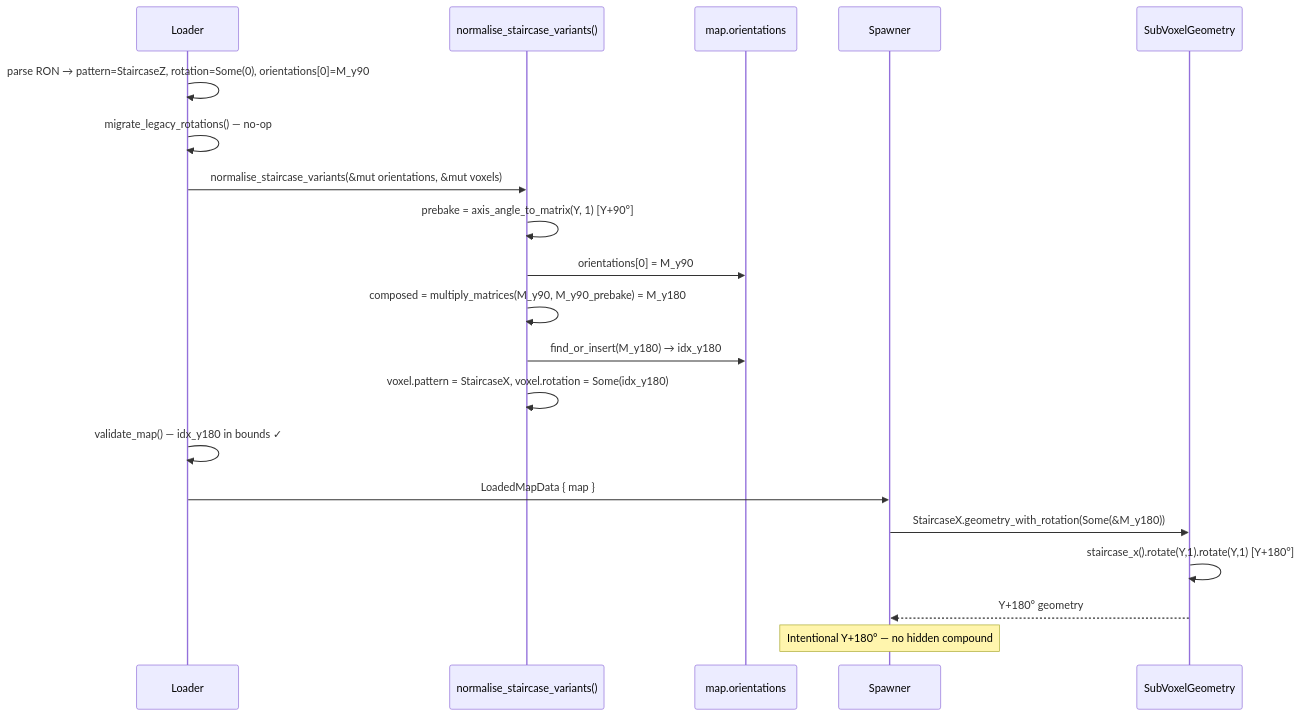
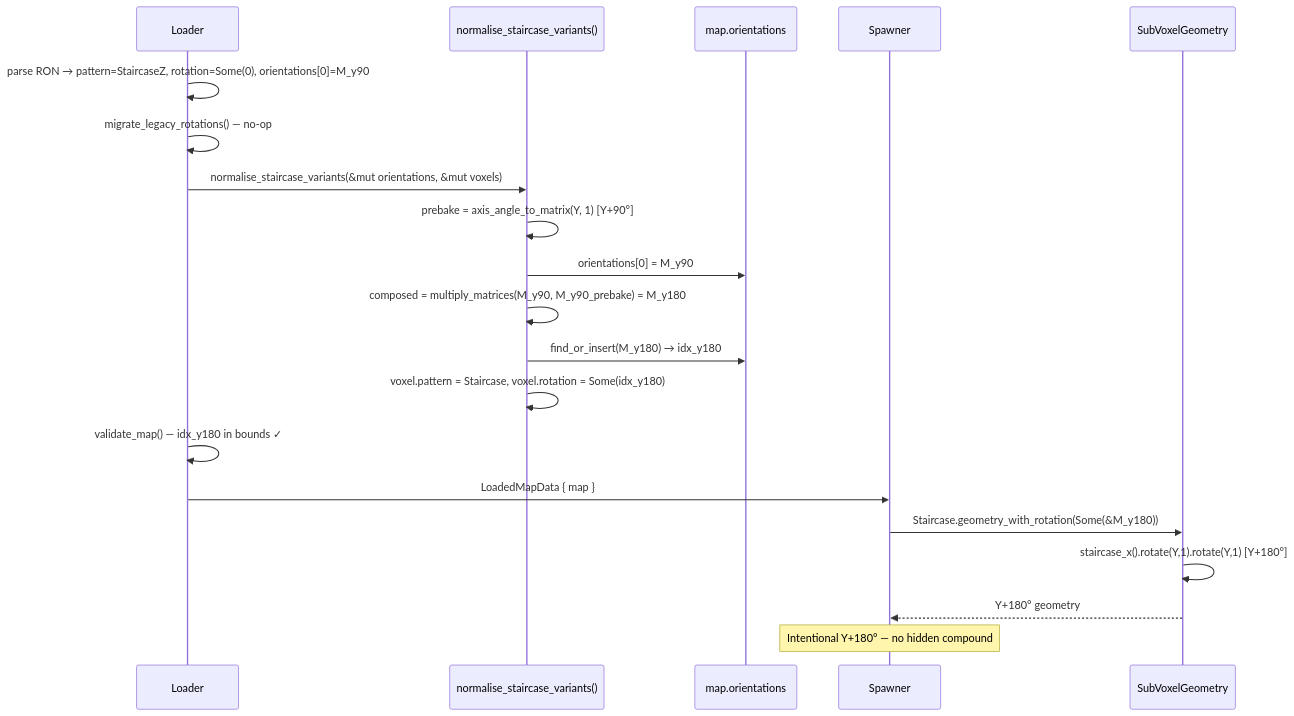
The seventh of 7 diagrams in docs/bugs/staircase-double-rotation/references/architecture.md (ctejada85/adrakestory), drawn with Mermaid before and after one commit. The commit also changed other lines of this file and 3 other files, not shown here.

First line of the commit message:
docs: resolve Q1/Q2 for staircase double-rotation

````diff
--- a/docs/bugs/staircase-double-rotation/references/architecture.md
+++ b/docs/bugs/staircase-double-rotation/references/architecture.md
@@ -340,23 +344,23 @@
 ```mermaid
 sequenceDiagram
     participant Loader
     participant NormPass as normalise_staircase_variants()
     participant Orientations as map.orientations
     participant Spawner
     participant SVG as SubVoxelGeometry
 
     Loader->>Loader: parse RON → pattern=StaircaseZ, rotation=Some(0), orientations[0]=M_y90
     Loader->>Loader: migrate_legacy_rotations() — no-op
     Loader->>NormPass: normalise_staircase_variants(&mut orientations, &mut voxels)
     NormPass->>NormPass: prebake = axis_angle_to_matrix(Y, 1)  [Y+90°]
     NormPass->>Orientations: orientations[0] = M_y90
     NormPass->>NormPass: composed = multiply_matrices(M_y90, M_y90_prebake) = M_y180
     NormPass->>Orientations: find_or_insert(M_y180) → idx_y180
-    NormPass->>NormPass: voxel.pattern = StaircaseX, voxel.rotation = Some(idx_y180)
+    NormPass->>NormPass: voxel.pattern = Staircase, voxel.rotation = Some(idx_y180)
     Loader->>Loader: validate_map() — idx_y180 in bounds ✓
     Loader->>Spawner: LoadedMapData { map }
-    Spawner->>SVG: StaircaseX.geometry_with_rotation(Some(&M_y180))
+    Spawner->>SVG: Staircase.geometry_with_rotation(Some(&M_y180))
     SVG->>SVG: staircase_x().rotate(Y,1).rotate(Y,1)  [Y+180°]
     SVG-->>Spawner: Y+180° geometry
     Note over Spawner: Intentional Y+180° — no hidden compound
 ```
````
